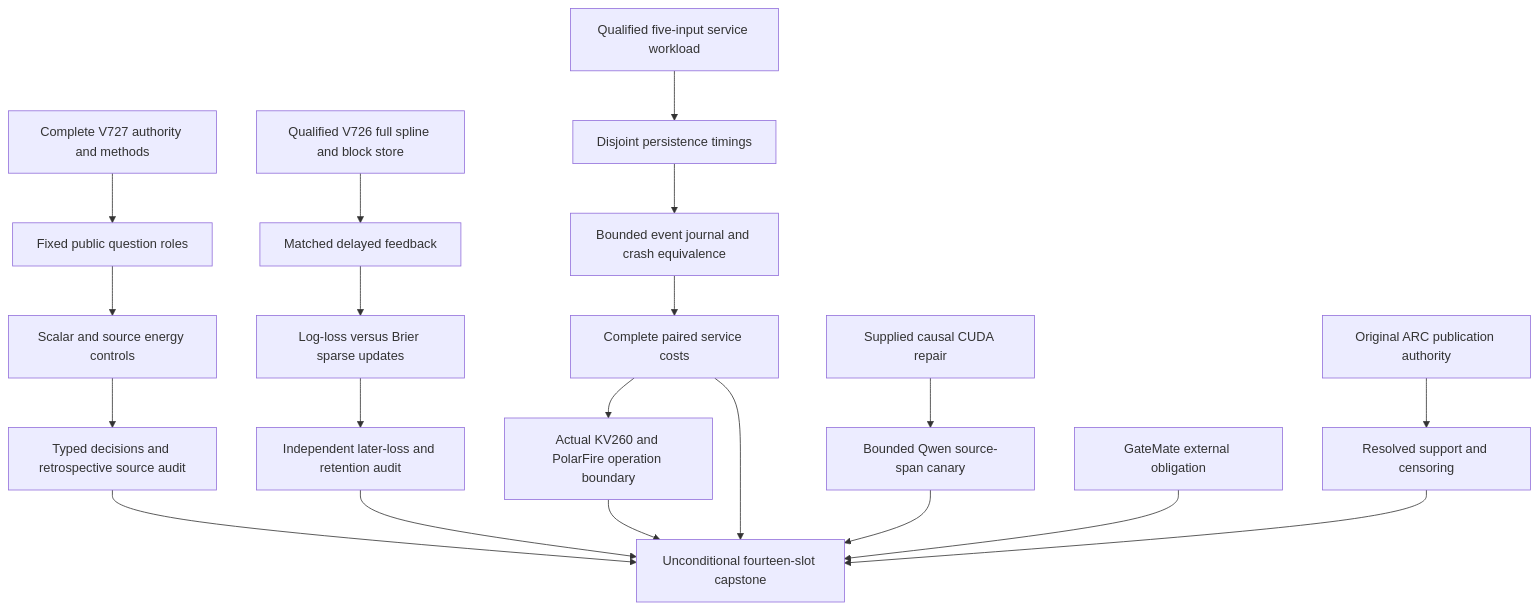
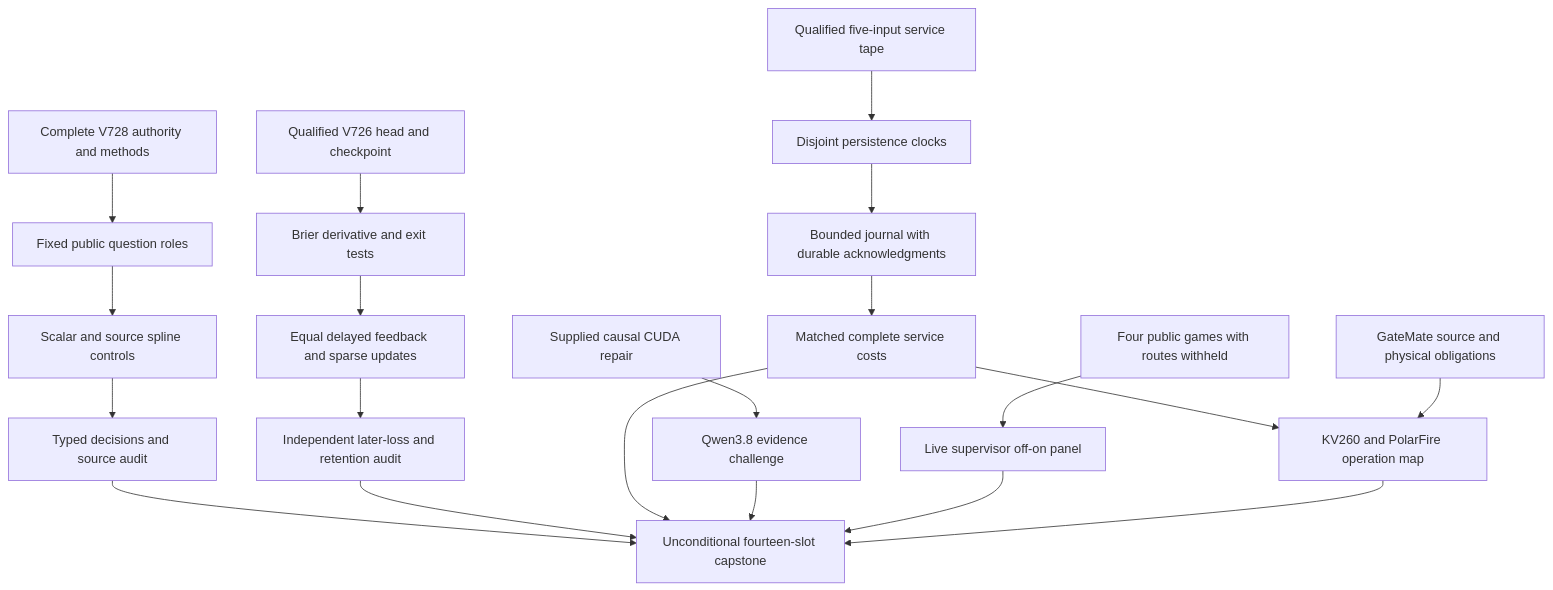
The first of 2 diagrams in openspec/change-proposals/research-roadmap-vNEXT.md (Carnot-EBM/carnot-ebm), drawn with Mermaid before and after one commit. The commit also changed other lines of this file and 13 other files, not shown here.

````diff
--- a/openspec/change-proposals/research-roadmap-vNEXT.md
+++ b/openspec/change-proposals/research-roadmap-vNEXT.md
@@ -91,22 +105,22 @@
 ```mermaid
 flowchart TD
-    A[Complete V727 authority and methods] --> B[Fixed public question roles]
-    B --> C[Scalar and source energy controls]
-    C --> D[Typed decisions and retrospective source audit]
-    H[Qualified V726 full spline and block store] --> L[Matched delayed feedback]
-    L --> U[Log-loss versus Brier sparse updates]
-    U --> R[Independent later-loss and retention audit]
-    P[Qualified five-input service workload] --> T[Disjoint persistence timings]
-    T --> J[Bounded event journal and crash equivalence]
-    J --> K[Complete paired service costs]
-    Q[Supplied causal CUDA repair] --> G[Bounded Qwen source-span canary]
-    X[Original ARC publication authority] --> Y[Resolved support and censoring]
-    K --> W[Actual KV260 and PolarFire operation boundary]
+    A[Complete V728 authority and methods] --> S[Fixed public question roles]
+    S --> F[Scalar and source spline controls]
+    F --> D[Typed decisions and source audit]
+    H[Qualified V726 head and checkpoint] --> Q[Brier derivative and exit tests]
+    Q --> L[Equal delayed feedback and sparse updates]
+    L --> R[Independent later-loss and retention audit]
+    P[Qualified five-input service tape] --> C[Disjoint persistence clocks]
+    C --> J[Bounded journal with durable acknowledgments]
+    J --> T[Matched complete service costs]
+    X[Supplied causal CUDA repair] --> G[Qwen3.8 evidence challenge]
+    U[Four public games with routes withheld] --> V[Live supervisor off-on panel]
+    T --> B[KV260 and PolarFire operation map]
+    M[GateMate source and physical obligations] --> B
     D --> Z[Unconditional fourteen-slot capstone]
     R --> Z
-    K --> Z
+    T --> Z
     G --> Z
-    Y --> Z
-    W --> Z
-    O[GateMate external obligation] --> Z
+    V --> Z
+    B --> Z
 ```
````
